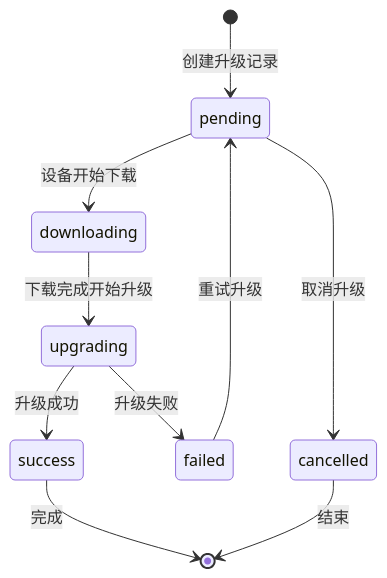
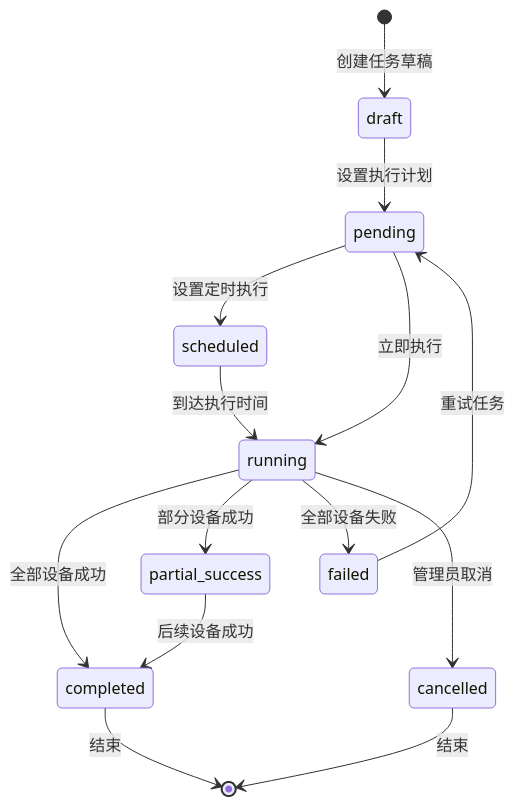
The sixth of 8 diagrams in .qoder/repowiki/zh/content/OTA升级系统/OTA任务调度/OTA任务创建.md (mcmrzy/cs_inv_monitor-develop), drawn with Mermaid before and after one commit. The commit also changed other lines of this file and 128 other files, not shown here.

````diff
--- a/.qoder/repowiki/zh/content/OTA升级系统/OTA任务调度/OTA任务创建.md
+++ b/.qoder/repowiki/zh/content/OTA升级系统/OTA任务调度/OTA任务创建.md
@@ -335,12 +356,16 @@
 ```mermaid
 stateDiagram-v2
-[*] --> pending : 创建升级记录
-pending --> downloading : 设备开始下载
-downloading --> upgrading : 下载完成开始升级
-upgrading --> success : 升级成功
-upgrading --> failed : 升级失败
-pending --> cancelled : 取消升级
-failed --> pending : 重试升级
-success --> [*] : 完成
+[*] --> draft : 创建任务草稿
+draft --> pending : 设置执行计划
+pending --> scheduled : 设置定时执行
+pending --> running : 立即执行
+scheduled --> running : 到达执行时间
+running --> completed : 全部设备成功
+running --> partial_success : 部分设备成功
+running --> failed : 全部设备失败
+running --> cancelled : 管理员取消
+failed --> pending : 重试任务
+partial_success --> completed : 后续设备成功
 cancelled --> [*] : 结束
+completed --> [*] : 结束
 ```
````
